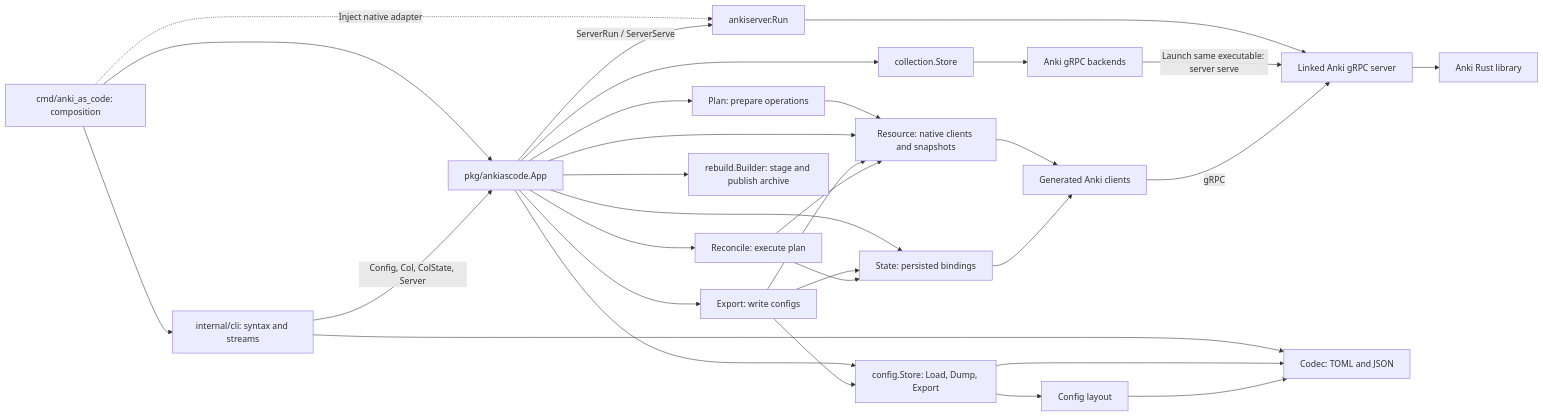
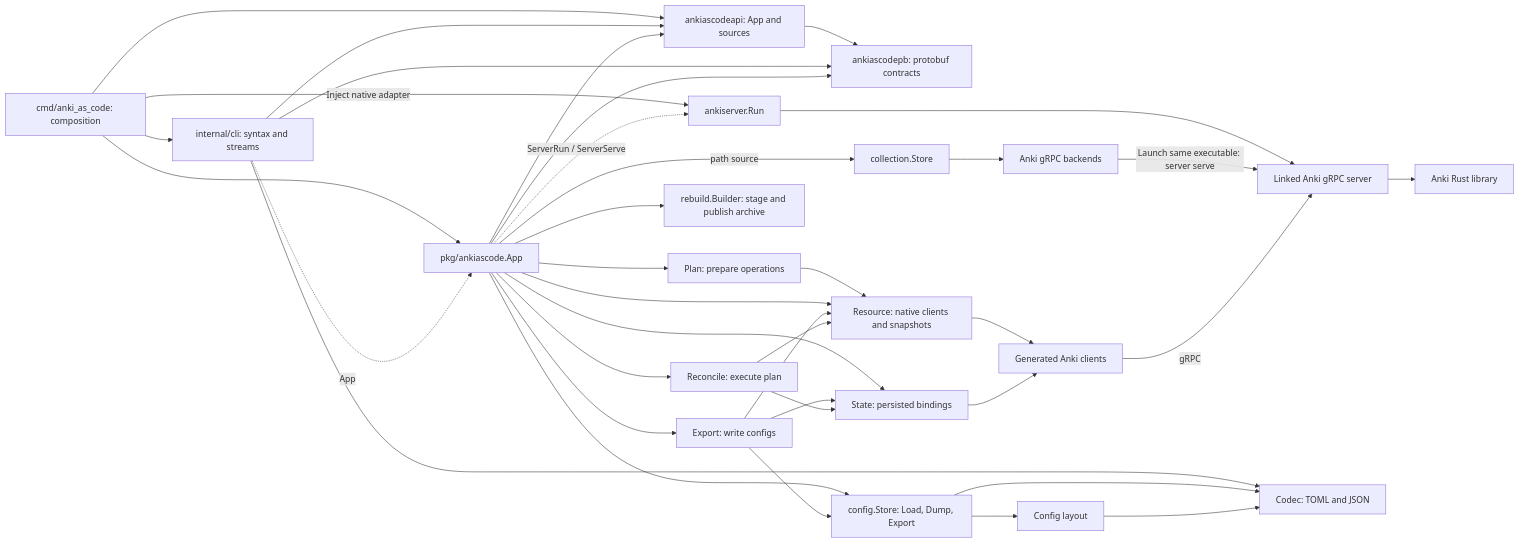
The diagram in projects/anki_as_code/docs/architecture.mmd (alwaldend/src), drawn with Mermaid before and after one commit. The commit also changed 74 other files, not shown here.

First line of the commit message:
Support caller-owned collections through a shared Anki API

```diff
--- a/projects/anki_as_code/docs/architecture.mmd
+++ b/projects/anki_as_code/docs/architecture.mmd
@@ -1,31 +1,37 @@
 flowchart LR
     entry[cmd/anki_as_code: composition] --> cli[internal/cli: syntax and streams]
     entry --> app[pkg/ankiascode.App]
-    cli -->|Config, Col, ColState, Server| app
-    entry -. Inject native adapter .-> host[ankiserver.Run]
-    app -->|ServerRun / ServerServe| host
+    cli -. App .-> app
+    entry --> api[ankiascodeapi: App and sources]
+    cli --> api
+    app --> api
+    api --> schema
+    cli --> schema[ankiascodepb: protobuf contracts]
+    app --> schema
+    entry -->|Inject native adapter| host[ankiserver.Run]
+    app -. ServerRun / ServerServe .-> host
     host --> server[Linked Anki gRPC server]
-    app --> collections[collection.Store]
+    app -->|path source| collections[collection.Store]
     app --> export[Export: write configs]
     app --> planning[Plan: prepare operations]
     app --> reconcile[Reconcile: execute plan]
     app --> builder[rebuild.Builder: stage and publish archive]
     planning --> resource
     app --> config[config.Store: Load, Dump, Export]
     app --> state[State: persisted bindings]
     cli --> codec[Codec: TOML and JSON]
     app --> resource[Resource: native clients and snapshots]
     export --> resource
     resource --> services[Generated Anki clients]
     export --> state
     export --> config
     config --> layout[Config layout]
     config --> codec
     layout --> codec
     reconcile --> state
     reconcile --> resource
     state --> services
     collections --> backend[Anki gRPC backends]
     backend -->|Launch same executable: server serve| server
     services -->|gRPC| server
     server --> native[Anki Rust library]
```
